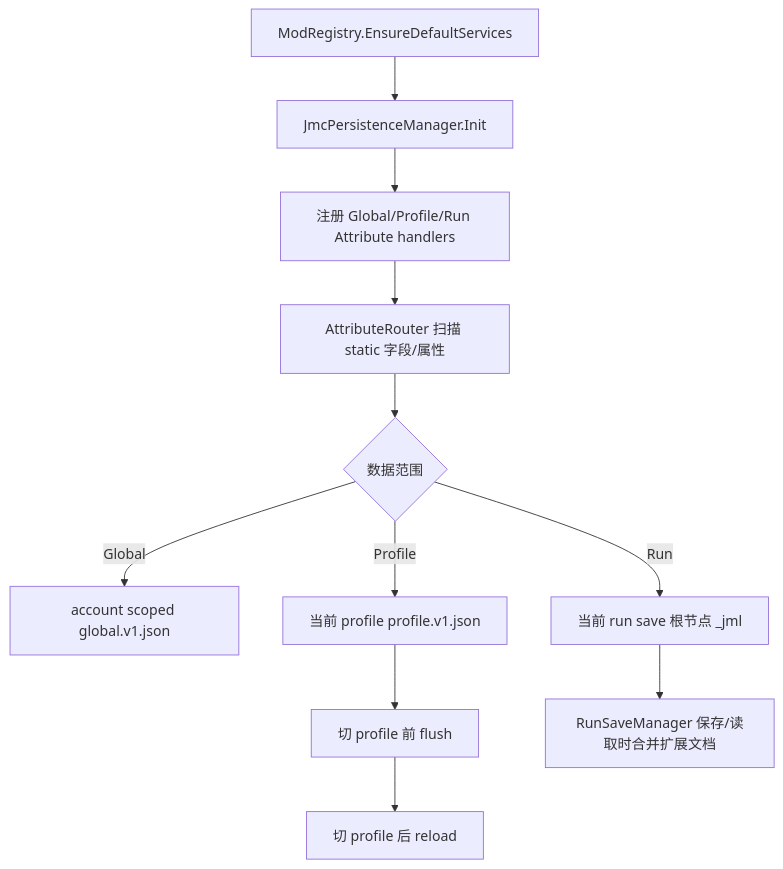
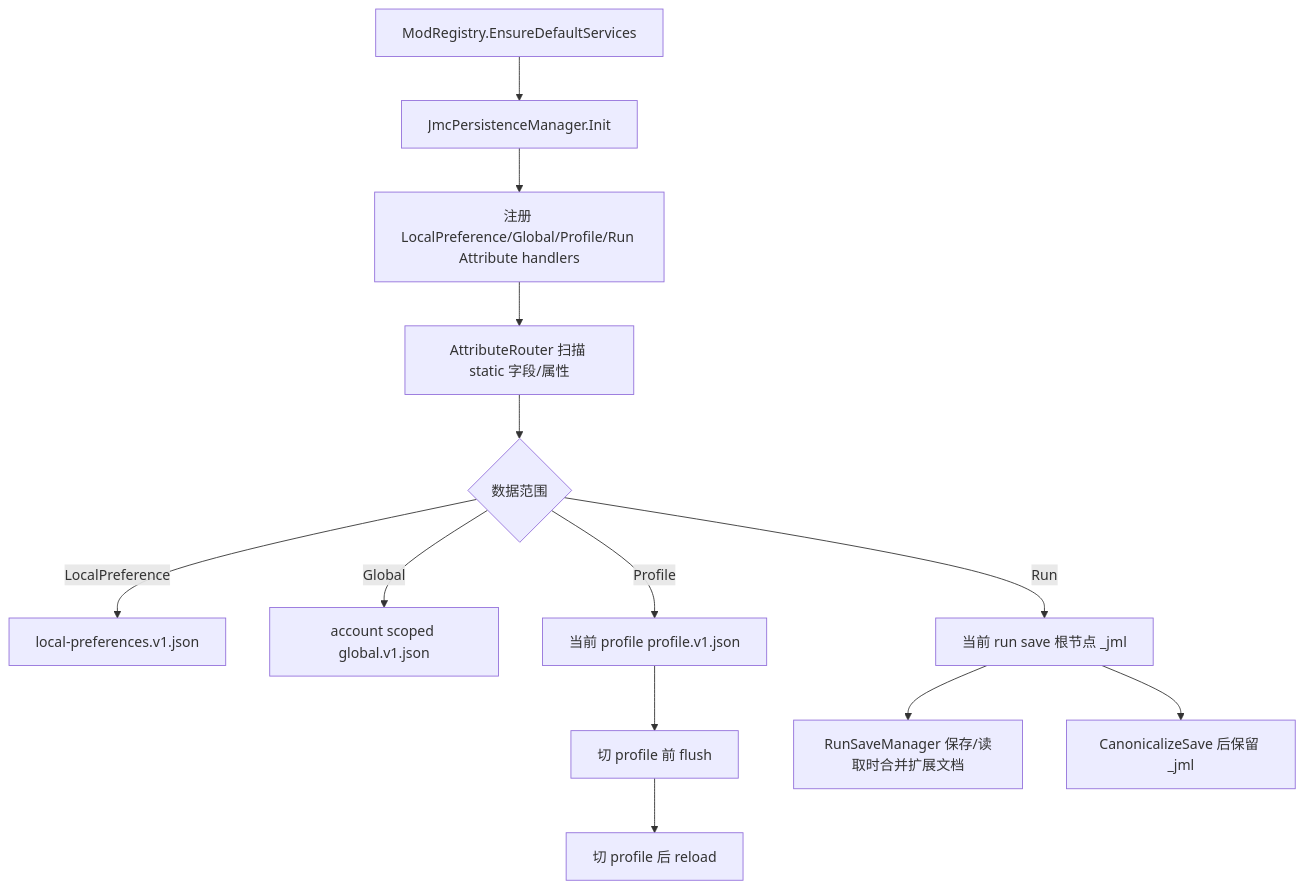
One commit to JMC-Mods/SlayTheSpire2_JmcModLib changed the sixth of 16 diagrams in docs/JML_API_Reference.md. Above: the diagram before and after it, drawn with Mermaid. The commit also changed other lines of this file and 24 other files, not shown here.

````diff
--- a/docs/JML_API_Reference.md
+++ b/docs/JML_API_Reference.md
@@ -607,13 +637,15 @@
 ```mermaid
 flowchart TD
     A[ModRegistry.EnsureDefaultServices] --> B[JmcPersistenceManager.Init]
-    B --> C[注册 Global/Profile/Run Attribute handlers]
+    B --> C[注册 LocalPreference/Global/Profile/Run Attribute handlers]
     C --> D[AttributeRouter 扫描 static 字段/属性]
     D --> E{数据范围}
-    E -- Global --> F[account scoped global.v1.json]
-    E -- Profile --> G[当前 profile profile.v1.json]
-    E -- Run --> H[当前 run save 根节点 _jml]
-    G --> I[切 profile 前 flush]
-    I --> J[切 profile 后 reload]
-    H --> K[RunSaveManager 保存/读取时合并扩展文档]
+    E -- LocalPreference --> F[local-preferences.v1.json]
+    E -- Global --> G[account scoped global.v1.json]
+    E -- Profile --> H[当前 profile profile.v1.json]
+    E -- Run --> I[当前 run save 根节点 _jml]
+    H --> J[切 profile 前 flush]
+    J --> K[切 profile 后 reload]
+    I --> L[RunSaveManager 保存/读取时合并扩展文档]
+    I --> M[CanonicalizeSave 后保留 _jml]
 ```
````
